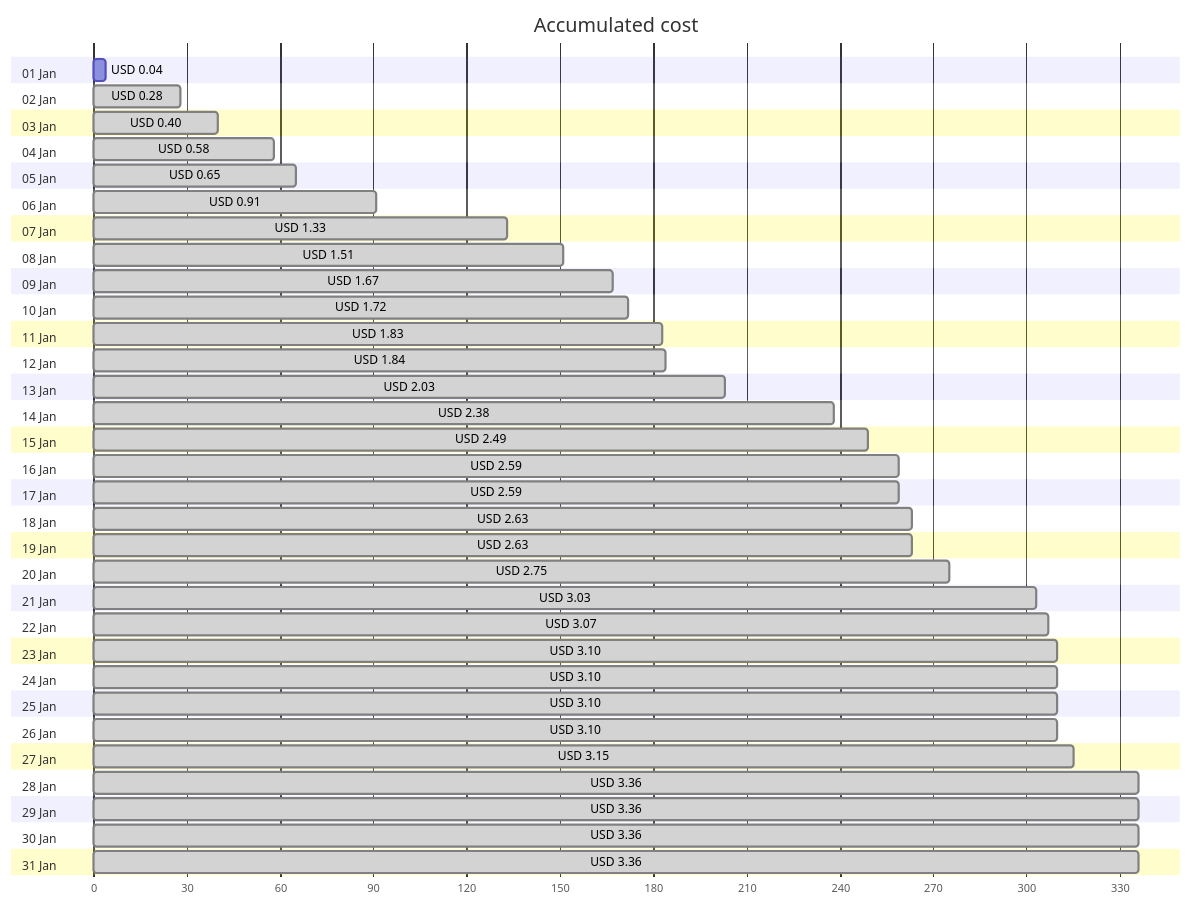
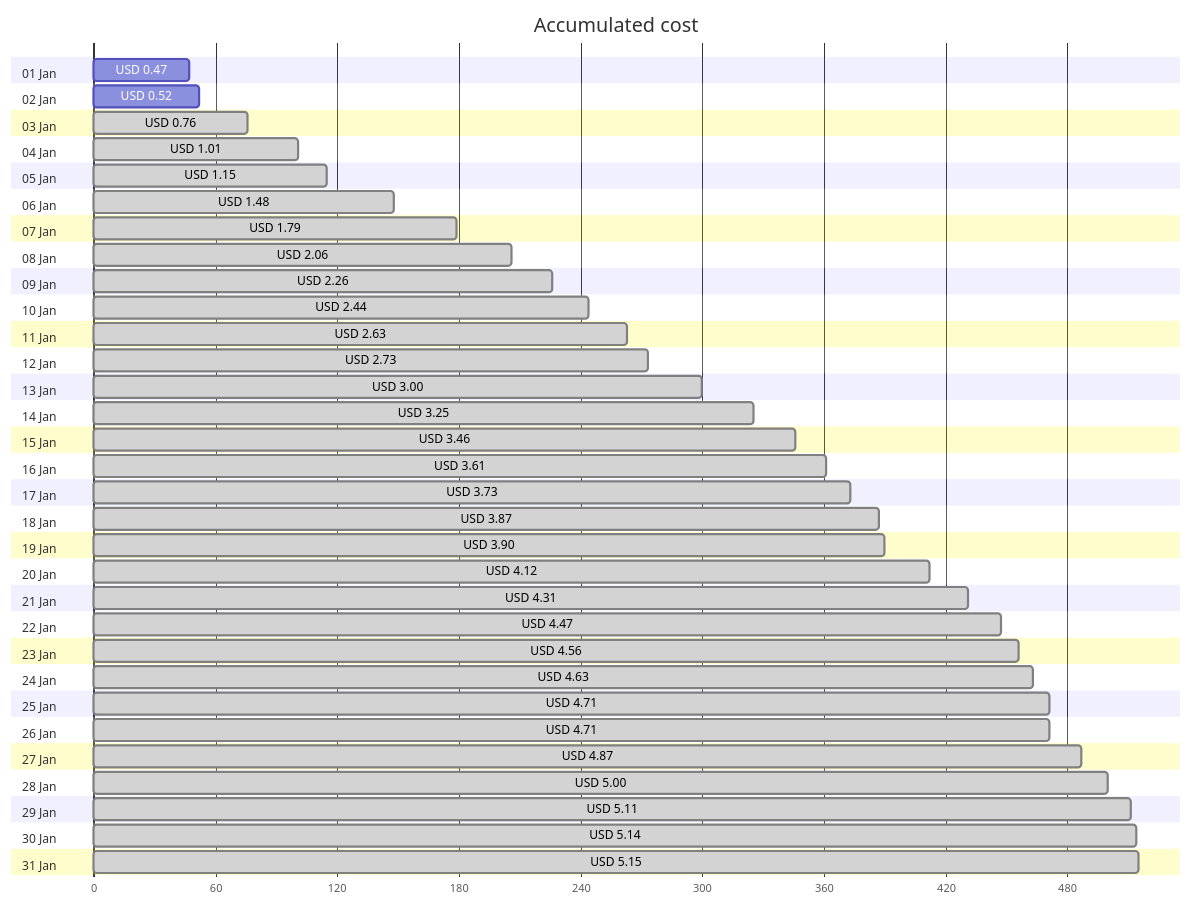
One commit to jpfulton/azure-personal-reports changed the first of 4 diagrams in cost-reports/personal-network/vpn-server.md. Above: the diagram before and after it, drawn with Mermaid. The commit also changed other lines of this file and 8 other files, not shown here.

````diff
--- a/cost-reports/personal-network/vpn-server.md
+++ b/cost-reports/personal-network/vpn-server.md
@@ -20,68 +20,68 @@
 ```mermaid
 gantt
    title Accumulated cost
    dateFormat  X
    axisFormat %s
    section 01 Jan
-   USD 0.04 :0, 4
+   USD 0.47 :0, 47
    section 02 Jan
-   USD 0.28 : done, 0, 28
+   USD 0.52 :0, 52
    section 03 Jan
-   USD 0.40 : done, 0, 40
+   USD 0.76 : done, 0, 76
    section 04 Jan
-   USD 0.58 : done, 0, 58
+   USD 1.01 : done, 0, 101
    section 05 Jan
-   USD 0.65 : done, 0, 65
+   USD 1.15 : done, 0, 115
    section 06 Jan
-   USD 0.91 : done, 0, 91
+   USD 1.48 : done, 0, 148
    section 07 Jan
-   USD 1.33 : done, 0, 133
+   USD 1.79 : done, 0, 179
    section 08 Jan
-   USD 1.51 : done, 0, 151
+   USD 2.06 : done, 0, 206
    section 09 Jan
-   USD 1.67 : done, 0, 167
+   USD 2.26 : done, 0, 226
    section 10 Jan
-   USD 1.72 : done, 0, 172
+   USD 2.44 : done, 0, 244
    section 11 Jan
-   USD 1.83 : done, 0, 183
+   USD 2.63 : done, 0, 263
    section 12 Jan
-   USD 1.84 : done, 0, 184
+   USD 2.73 : done, 0, 273
    section 13 Jan
-   USD 2.03 : done, 0, 203
+   USD 3.00 : done, 0, 300
    section 14 Jan
-   USD 2.38 : done, 0, 238
+   USD 3.25 : done, 0, 325
    section 15 Jan
-   USD 2.49 : done, 0, 249
+   USD 3.46 : done, 0, 346
    section 16 Jan
-   USD 2.59 : done, 0, 259
+   USD 3.61 : done, 0, 361
    section 17 Jan
-   USD 2.59 : done, 0, 259
+   USD 3.73 : done, 0, 373
    section 18 Jan
-   USD 2.63 : done, 0, 263
+   USD 3.87 : done, 0, 387
    section 19 Jan
-   USD 2.63 : done, 0, 263
+   USD 3.90 : done, 0, 390
    section 20 Jan
-   USD 2.75 : done, 0, 275
+   USD 4.12 : done, 0, 412
    section 21 Jan
-   USD 3.03 : done, 0, 303
+   USD 4.31 : done, 0, 431
    section 22 Jan
-   USD 3.07 : done, 0, 307
+   USD 4.47 : done, 0, 447
    section 23 Jan
-   USD 3.10 : done, 0, 310
+   USD 4.56 : done, 0, 456
    section 24 Jan
-   USD 3.10 : done, 0, 310
+   USD 4.63 : done, 0, 463
    section 25 Jan
-   USD 3.10 : done, 0, 310
+   USD 4.71 : done, 0, 471
    section 26 Jan
-   USD 3.10 : done, 0, 310
+   USD 4.71 : done, 0, 471
    section 27 Jan
-   USD 3.15 : done, 0, 315
+   USD 4.87 : done, 0, 487
    section 28 Jan
-   USD 3.36 : done, 0, 336
+   USD 5.00 : done, 0, 500
    section 29 Jan
-   USD 3.36 : done, 0, 336
+   USD 5.11 : done, 0, 511
    section 30 Jan
-   USD 3.36 : done, 0, 336
+   USD 5.14 : done, 0, 514
    section 31 Jan
-   USD 3.36 : done, 0, 336
+   USD 5.15 : done, 0, 515
 ```
````
